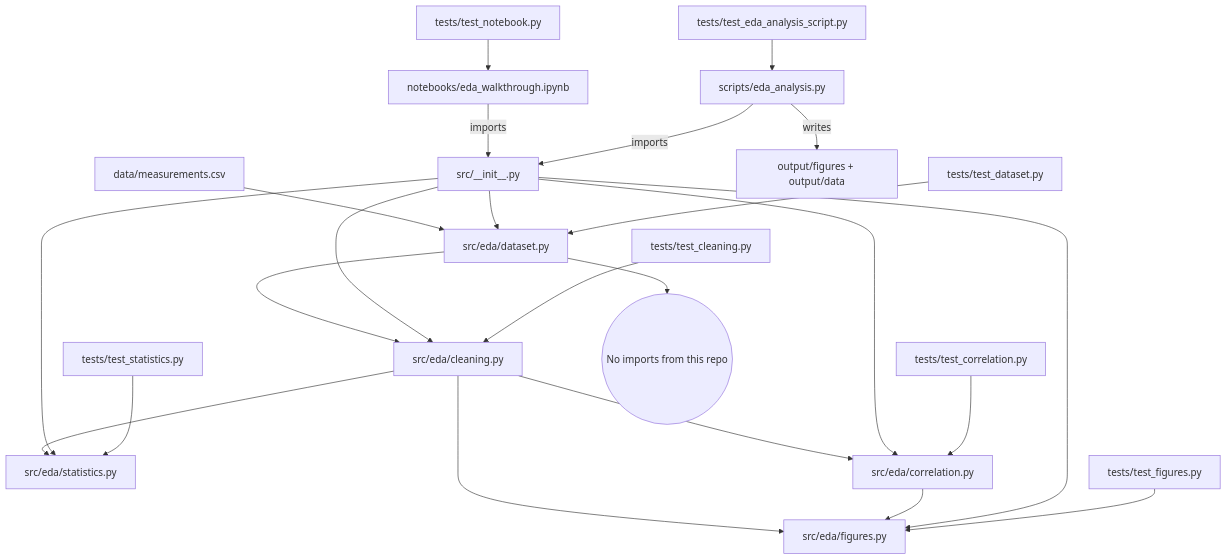
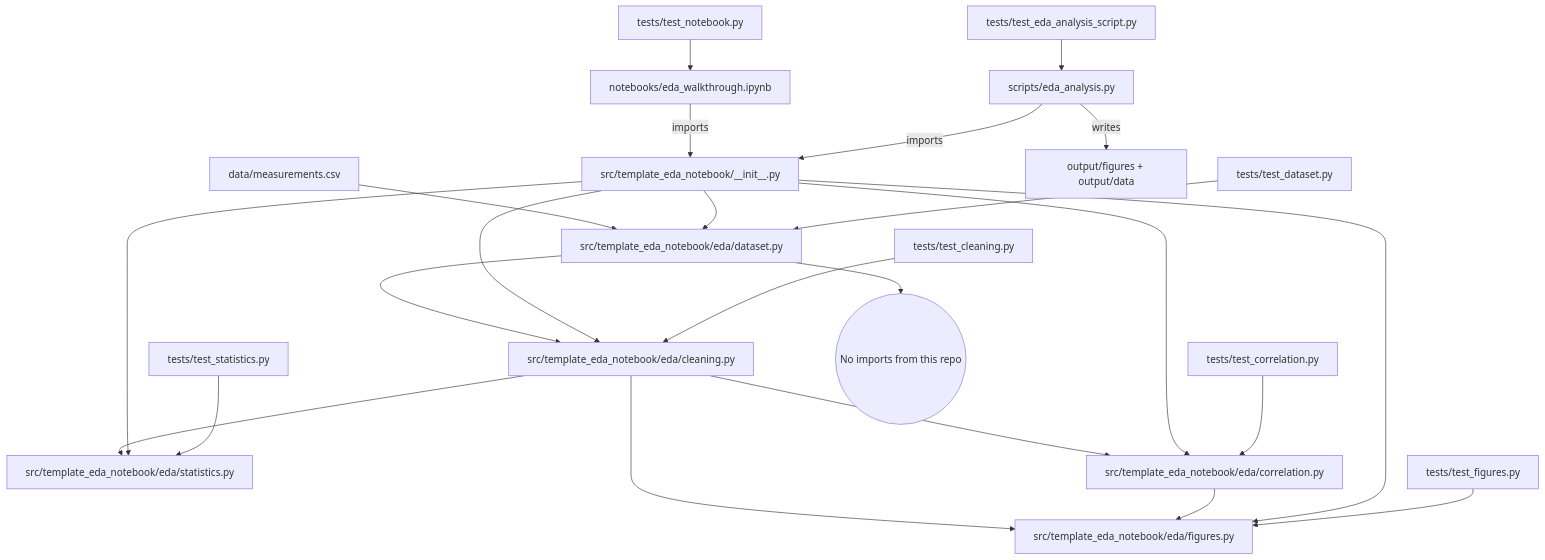
The diagram in projects/templates/template_eda_notebook/docs/architecture.md (docxology/template), drawn with Mermaid before and after one commit. The commit also changed other lines of this file and 153 other files, not shown here.

````diff
--- a/projects/templates/template_eda_notebook/docs/architecture.md
+++ b/projects/templates/template_eda_notebook/docs/architecture.md
@@ -30,28 +30,28 @@
 ```mermaid
 graph TD
-    CSV[data/measurements.csv] --> DS[src/eda/dataset.py]
-    DS --> CL[src/eda/cleaning.py]
-    CL --> ST[src/eda/statistics.py]
-    CL --> CO[src/eda/correlation.py]
-    CL --> FG[src/eda/figures.py]
+    CSV[data/measurements.csv] --> DS[src/template_eda_notebook/eda/dataset.py]
+    DS --> CL[src/template_eda_notebook/eda/cleaning.py]
+    CL --> ST[src/template_eda_notebook/eda/statistics.py]
+    CL --> CO[src/template_eda_notebook/eda/correlation.py]
+    CL --> FG[src/template_eda_notebook/eda/figures.py]
     CO --> FG
 
-    NB[notebooks/eda_walkthrough.ipynb] -->|imports| INIT[src/__init__.py]
+    NB[notebooks/eda_walkthrough.ipynb] -->|imports| INIT[src/template_eda_notebook/__init__.py]
     SC[scripts/eda_analysis.py] -->|imports| INIT
     INIT --> DS
     INIT --> CL
     INIT --> ST
     INIT --> CO
     INIT --> FG
     SC -->|writes| OUT[output/figures + output/data]
 
     T1[tests/test_dataset.py] --> DS
     T2[tests/test_cleaning.py] --> CL
     T3[tests/test_statistics.py] --> ST
     T4[tests/test_correlation.py] --> CO
     T5[tests/test_figures.py] --> FG
     T6[tests/test_eda_analysis_script.py] --> SC
     T7[tests/test_notebook.py] --> NB
 
     DS --> N((No imports from this repo))
 ```
````
